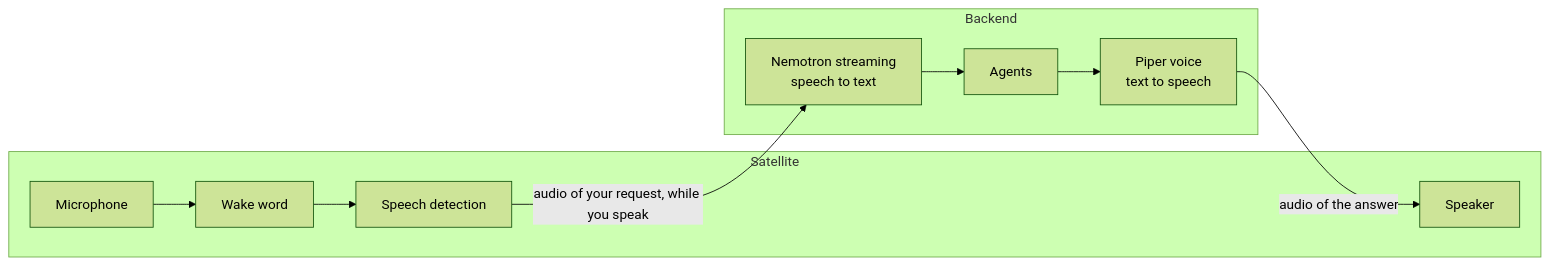
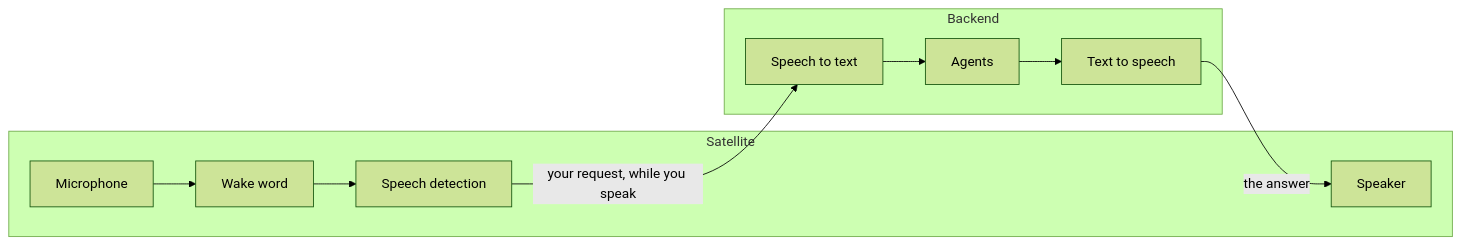
One commit to ambrogio-app/ambrogio-docs changed the diagram in src/content/docs/explanation/voice.md. Above: the diagram before and after it, drawn with Mermaid (forest theme). The commit also changed other lines of this file and 41 other files, not shown here.

````diff
--- a/src/content/docs/explanation/voice.md
+++ b/src/content/docs/explanation/voice.md
@@ -10,16 +10,16 @@
 ```mermaid
 flowchart LR
     subgraph sat[Satellite]
         MIC[Microphone] --> WW[Wake word]
         WW --> VAD[Speech detection]
         SPK[Speaker]
     end
     subgraph back[Backend]
-        STT[Nemotron streaming<br/>speech to text]
+        STT[Speech to text]
         AG[Agents]
-        TTS[Piper voice<br/>text to speech]
+        TTS[Text to speech]
     end
-    VAD -- "audio of your request, while you speak" --> STT
+    VAD -- "your request, while you speak" --> STT
     STT --> AG --> TTS
-    TTS -- "audio of the answer" --> SPK
+    TTS -- "the answer" --> SPK
 ```
````
